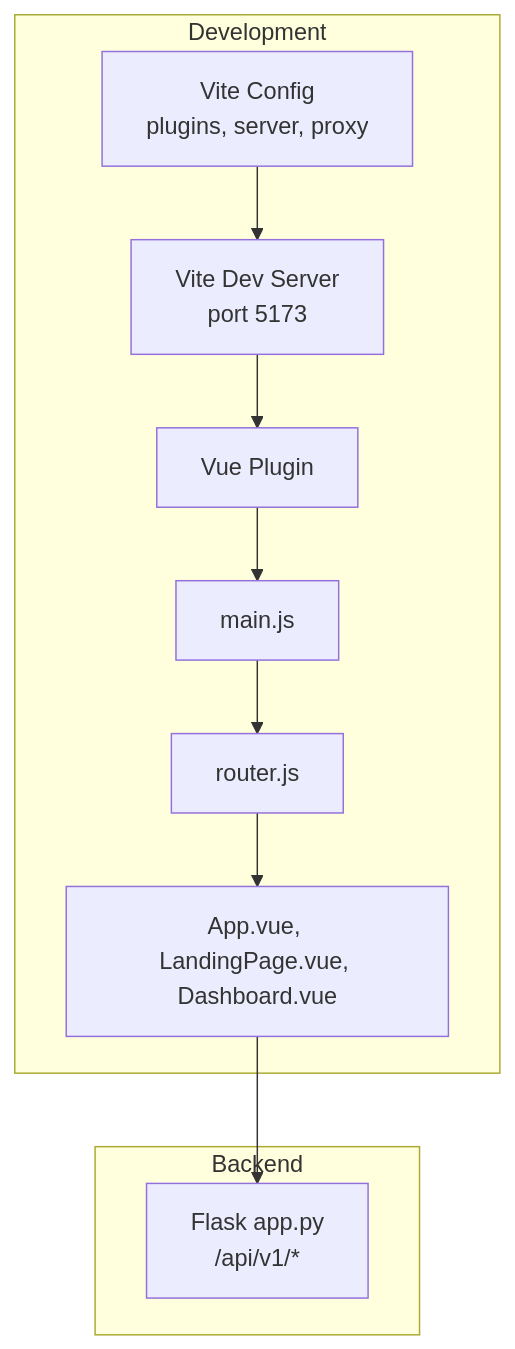
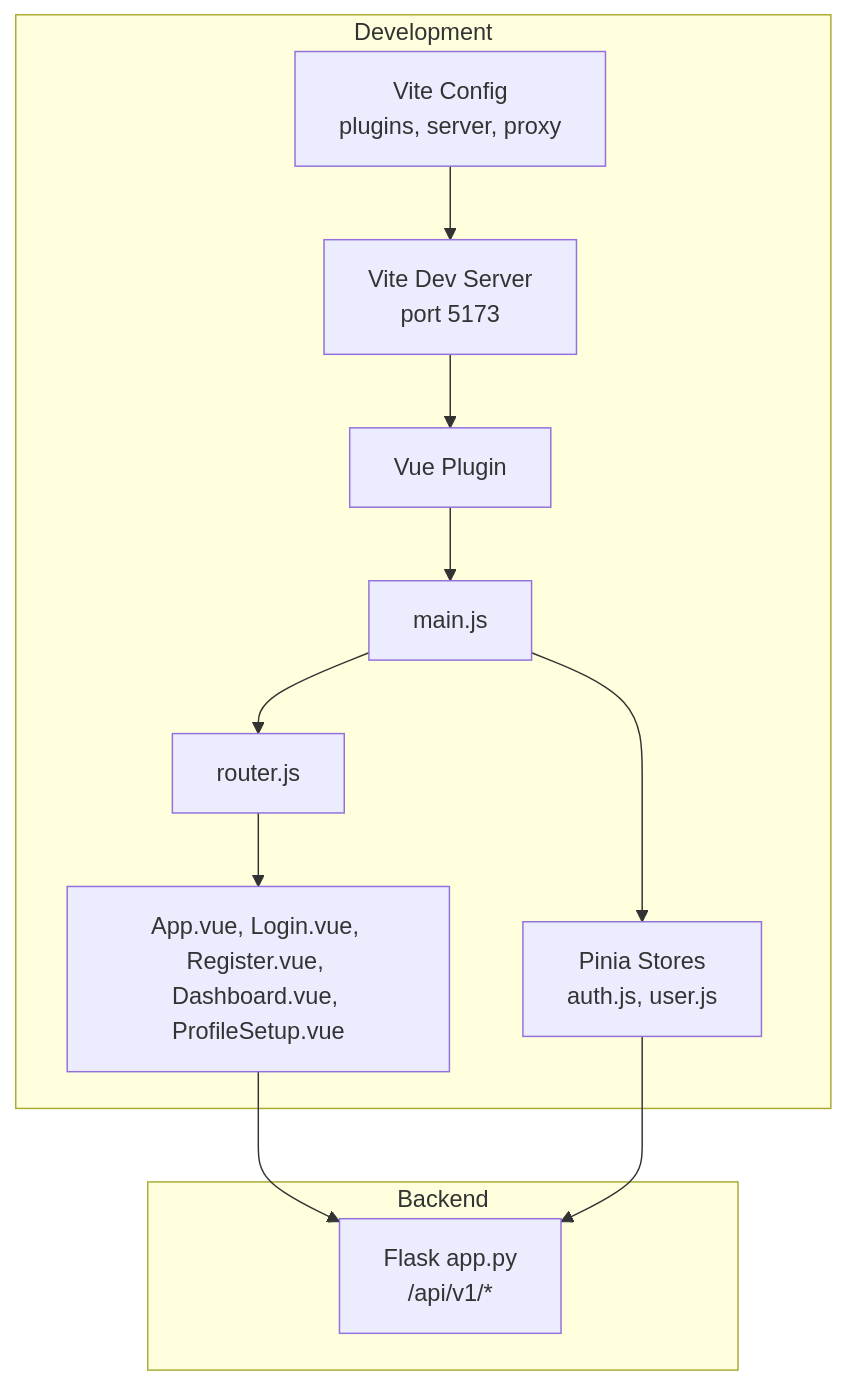
One commit to hsarjun04-netizen/NUTRICooACH changed the second of 8 diagrams in .qoder/repowiki/en/content/Frontend Application/Build Process and Development Environment.md. Above: the diagram before and after it, drawn with Mermaid. The commit also changed other lines of this file and 7 other files, not shown here.

````diff
--- a/.qoder/repowiki/en/content/Frontend Application/Build Process and Development Environment.md
+++ b/.qoder/repowiki/en/content/Frontend Application/Build Process and Development Environment.md
@@ -92,20 +120,23 @@
 ```mermaid
 graph TB
 subgraph "Development"
 ViteCfg["Vite Config<br/>plugins, server, proxy"]
 DevServer["Vite Dev Server<br/>port 5173"]
 VuePlugin["Vue Plugin"]
 AppEntry["main.js"]
 Router["router.js"]
-Views["App.vue, LandingPage.vue, Dashboard.vue"]
+Stores["Pinia Stores<br/>auth.js, user.js"]
+Views["App.vue, Login.vue, Register.vue, Dashboard.vue, ProfileSetup.vue"]
 end
 subgraph "Backend"
 FlaskApp["Flask app.py<br/>/api/v1/*"]
 end
 ViteCfg --> DevServer
 DevServer --> VuePlugin
 VuePlugin --> AppEntry
 AppEntry --> Router
+AppEntry --> Stores
 Router --> Views
 Views --> FlaskApp
+Stores --> FlaskApp
 ```
````
